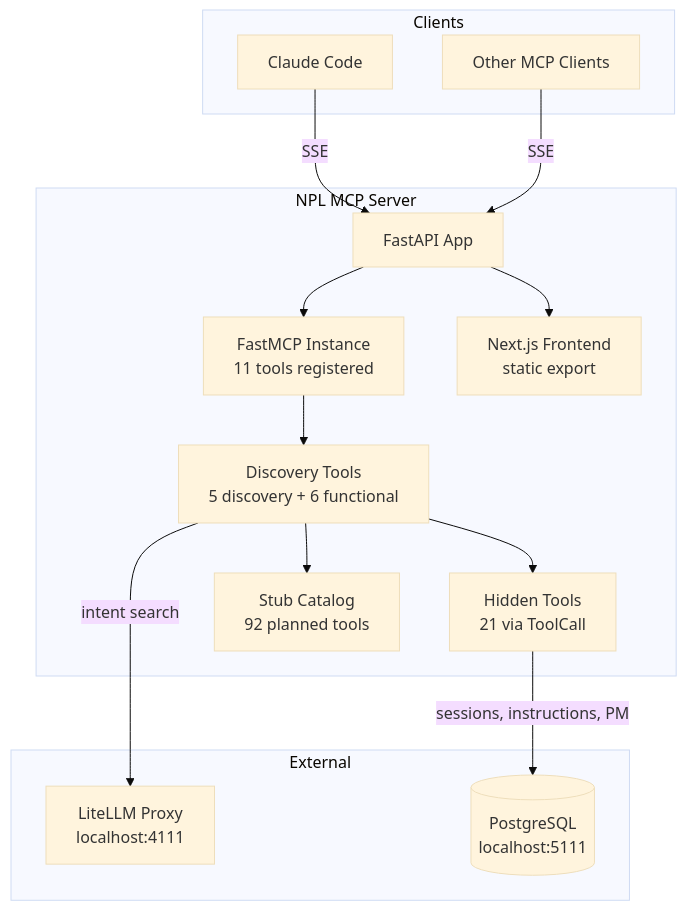
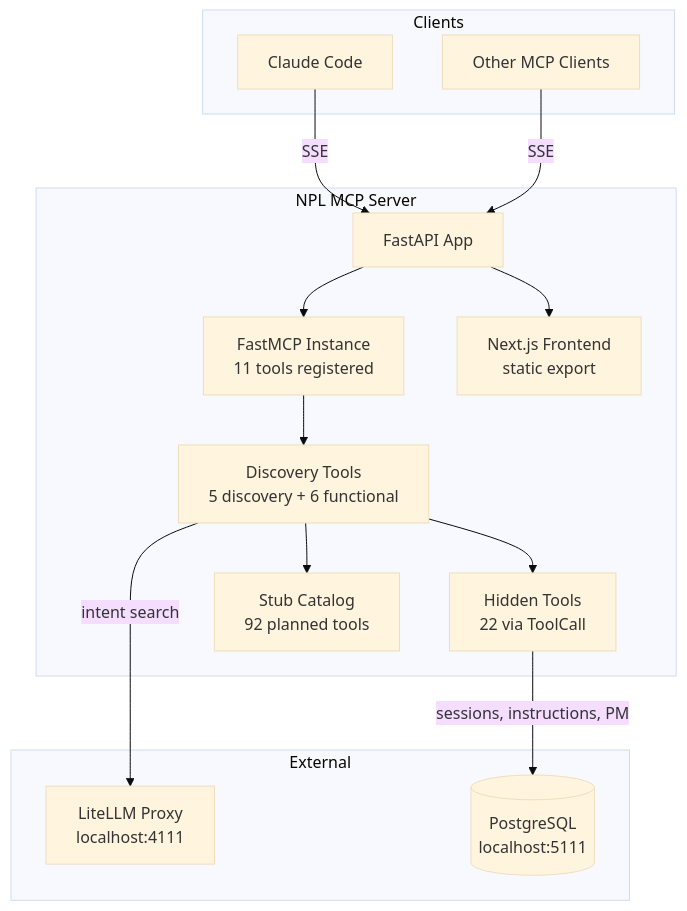
Before and after one commit to noizu-labs-ml/NoizuPromptLingo: the diagram in docs/PROJ-ARCH.md, drawn with Mermaid (base theme). The commit also changed other lines of this file and 62 other files, not shown here.

````diff
--- a/docs/PROJ-ARCH.md
+++ b/docs/PROJ-ARCH.md
@@ -11,31 +11,31 @@
 ```mermaid
 graph TB
     subgraph Clients
         CC[Claude Code]
         Other[Other MCP Clients]
     end
 
     subgraph "NPL MCP Server"
         API[FastAPI App]
         MCP[FastMCP Instance<br/>11 tools registered]
         Meta[Discovery Tools<br/>5 discovery + 6 functional]
-        Hidden[Hidden Tools<br/>21 via ToolCall]
+        Hidden[Hidden Tools<br/>22 via ToolCall]
         Stubs[Stub Catalog<br/>92 planned tools]
         FE[Next.js Frontend<br/>static export]
     end
 
     subgraph External
         LLM[LiteLLM Proxy<br/>localhost:4111]
         DB[(PostgreSQL<br/>localhost:5111)]
     end
 
     CC -->|SSE| API
     Other -->|SSE| API
     API --> MCP
     MCP --> Meta
     Meta --> Hidden
     Meta --> Stubs
     Meta -->|intent search| LLM
     Hidden -->|sessions, instructions, PM| DB
     API --> FE
 ```
````
